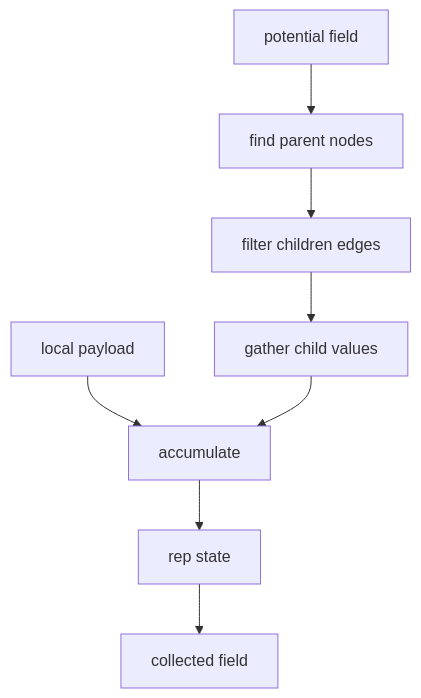
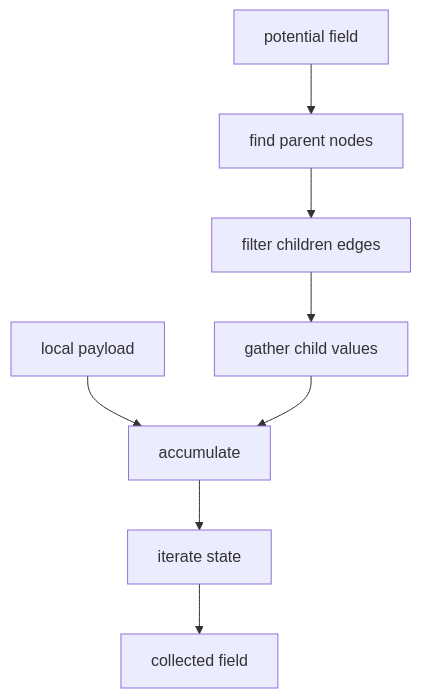
One commit to cric96/DifField changed diagram 14 of 15 in docs/architecture.md. Above: the diagram before and after it, drawn with Mermaid. The commit also changed other lines of this file and 48 other files, not shown here.

````diff
--- a/docs/architecture.md
+++ b/docs/architecture.md
@@ -610,10 +610,10 @@
 ```mermaid
 graph TB
     Potential[potential field] --> Parent[find parent nodes]
     Local[local payload] --> Acc
     Parent --> Filter[filter children edges]
     Filter --> Gather[gather child values]
     Gather --> Acc[accumulate]
-    Acc --> Rep[rep state]
-    Rep --> Output[collected field]
+    Acc --> Iterate[iterate state]
+    Iterate --> Output[collected field]
 ```
````
